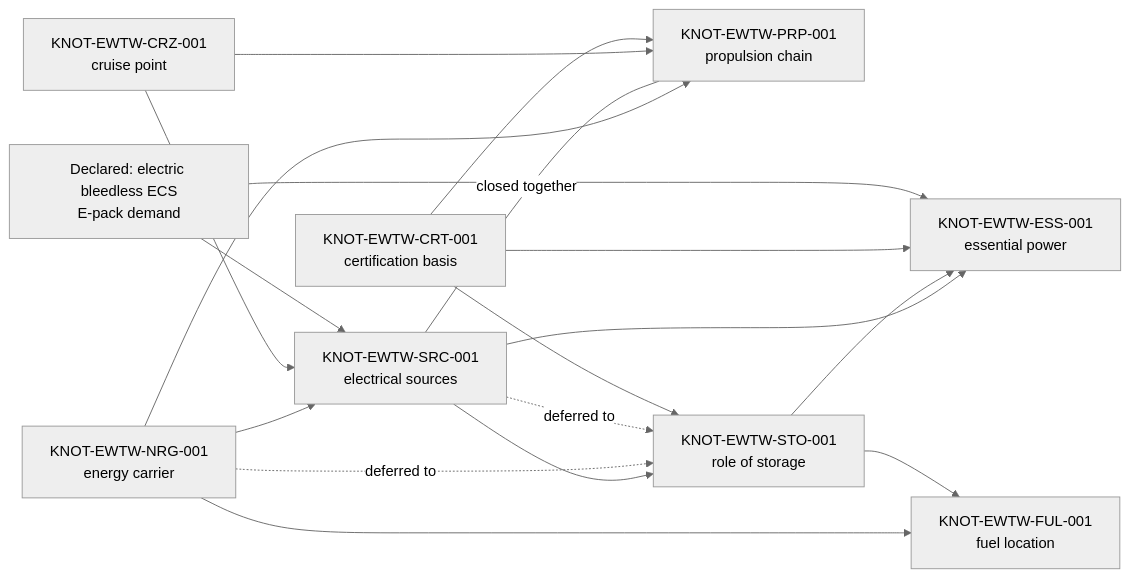
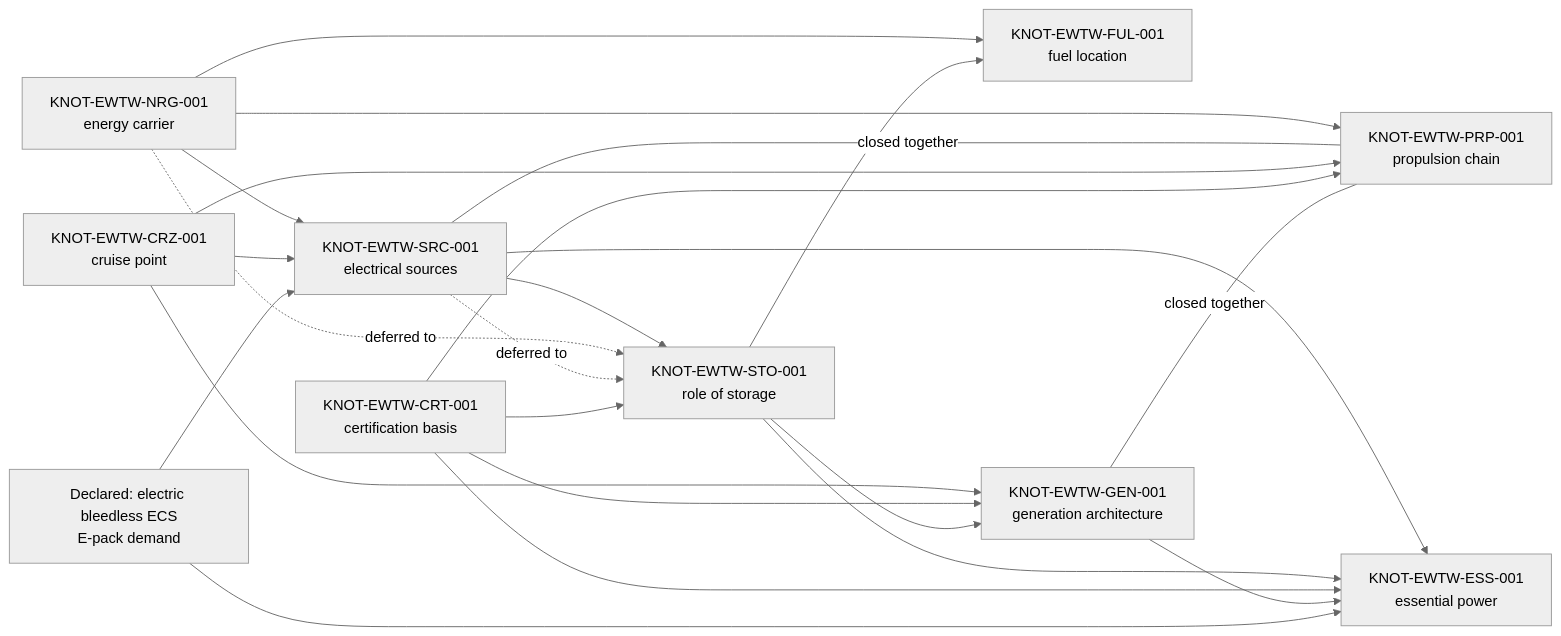
One commit to AmedeoPelliccia/Q-plus-A changed the diagram in 01_OPTIONS_ARCHITECTURE/01-02_PROGRAMMES/01-02-01_AMPEL360/01-02-01-01_MODELS/01-02-01-01-01_eWTW/README.md. Above: the diagram before and after it, drawn with Mermaid (neutral theme). The commit also changed other lines of this file and 15 other files, not shown here.

First line of the commit message:
KNOT-EWTW-GEN-001 opened: the turbogenerators get their own decision

````diff
--- a/01_OPTIONS_ARCHITECTURE/01-02_PROGRAMMES/01-02-01_AMPEL360/01-02-01-01_MODELS/01-02-01-01-01_eWTW/README.md
+++ b/01_OPTIONS_ARCHITECTURE/01-02_PROGRAMMES/01-02-01_AMPEL360/01-02-01-01_MODELS/01-02-01-01-01_eWTW/README.md
@@ -160,29 +161,35 @@
 ```mermaid
 flowchart LR
   EP["Declared: electric bleedless ECS<br/>E-pack demand"]
   NRG["KNOT-EWTW-NRG-001<br/>energy carrier"]
   SRC["KNOT-EWTW-SRC-001<br/>electrical sources"]
   PRP["KNOT-EWTW-PRP-001<br/>propulsion chain"]
   STO["KNOT-EWTW-STO-001<br/>role of storage"]
   ESS["KNOT-EWTW-ESS-001<br/>essential power"]
   CRZ["KNOT-EWTW-CRZ-001<br/>cruise point"]
   CRT["KNOT-EWTW-CRT-001<br/>certification basis"]
   FUL["KNOT-EWTW-FUL-001<br/>fuel location"]
+  GEN["KNOT-EWTW-GEN-001<br/>generation architecture"]
   NRG --> SRC
   NRG --> PRP
   SRC ---|"closed together"| PRP
   SRC --> STO
   SRC --> ESS
   STO --> ESS
   NRG -.->|"deferred to"| STO
   SRC -.->|"deferred to"| STO
   CRZ --> PRP
   CRZ --> SRC
   CRT --> PRP
   CRT --> STO
   CRT --> ESS
   NRG --> FUL
   STO --> FUL
+  CRZ --> GEN
+  CRT --> GEN
+  STO --> GEN
+  GEN ---|"closed together"| PRP
+  GEN --> ESS
   EP --> SRC
   EP --> ESS
 ```
````
